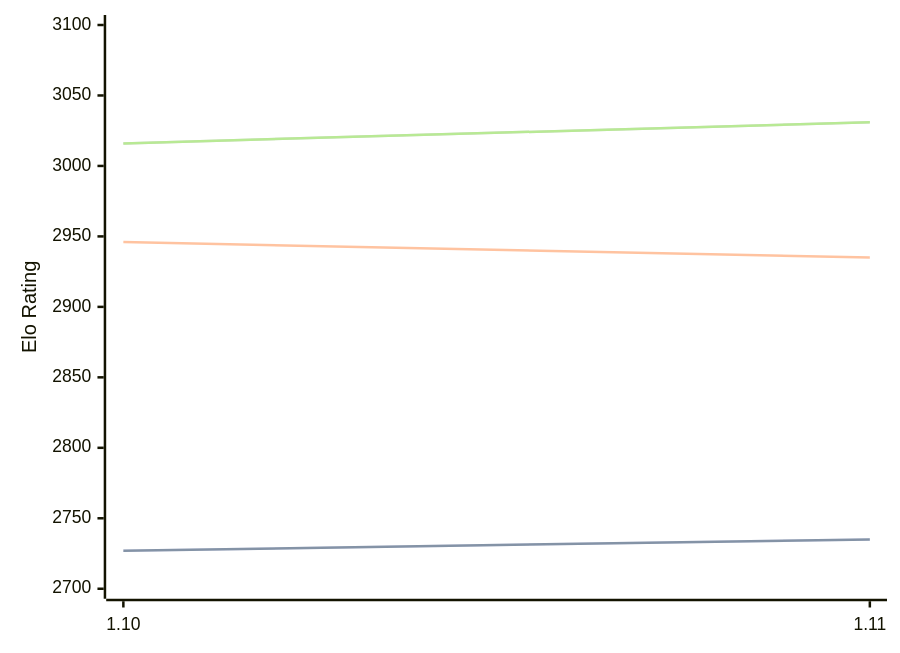
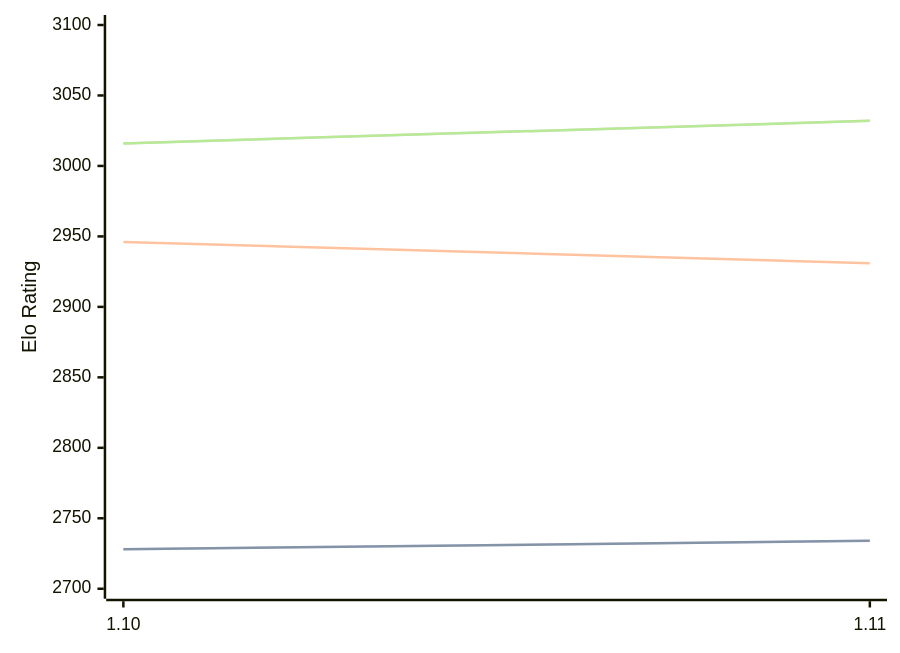
The diagram in engines/Roc.md (computer-chess-index/cci), drawn with Mermaid before and after one commit. The commit also changed other lines of this file, not shown here.

Commit message:
Update CCI Ratings (ELO VLTC) - 2026-05-21

````diff
--- a/engines/Roc.md
+++ b/engines/Roc.md
@@ -65,11 +65,11 @@
 ```mermaid
 %%{init: {"theme":"base","themeVariables":{"seriesColors:['#a3a3a3','#222221','#faa371']}}}%%
 xychart-beta
   x-axis ["1.10", "1.11"]
   y-axis "Elo Rating" 2700 --> 3100
-  line "STC (8.0+0.08s)" [2727, 2735]
-  line "STC (8.0+0.08s)" [2727, 2735]
-  line "LTC (60.0+0.60s)" [2946, 2935]
-  line "VLTC (2m24s+1.12s)" [3016, 3031]
-  line "VLTC (2m24s+1.12s)" [3016, 3031]
+  line "STC (8.0+0.08s)" [2728, 2734]
+  line "STC (8.0+0.08s)" [2728, 2734]
+  line "LTC (60.0+0.60s)" [2946, 2931]
+  line "VLTC (2m24s+1.12s)" [3016, 3032]
+  line "VLTC (2m24s+1.12s)" [3016, 3032]
 ```
````
